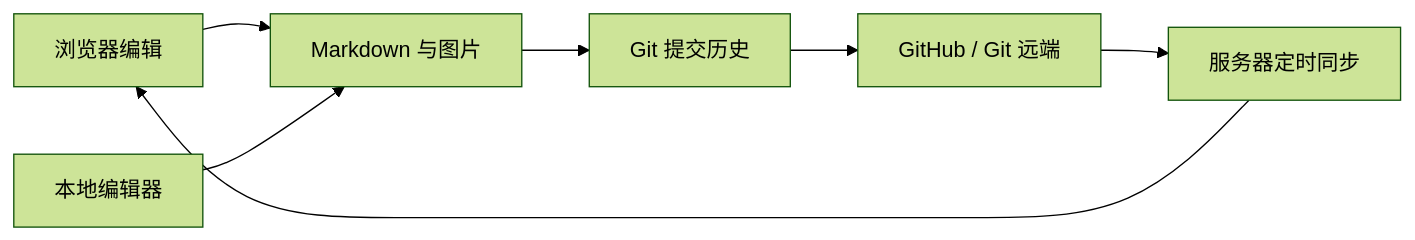
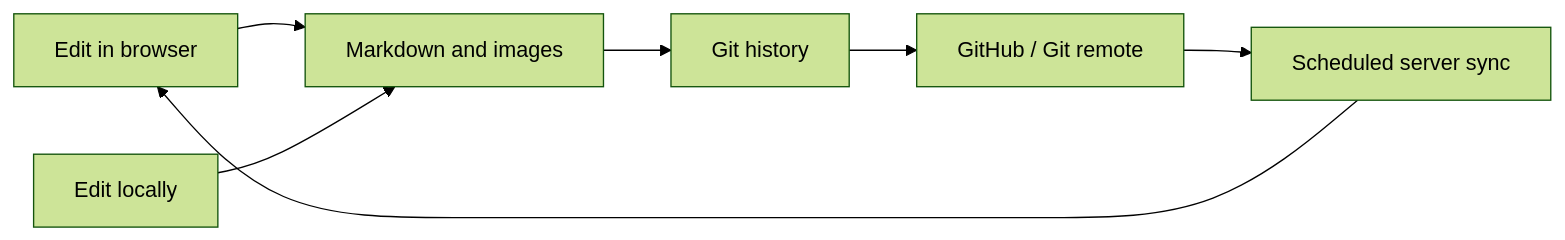
One commit to linhuitang/MyNote changed the diagram in README.md. Above: the diagram before and after it, drawn with Mermaid (forest theme). The commit also changed other lines of this file and 1 other file, not shown here.

````diff
--- a/README.md
+++ b/README.md
@@ -88,9 +92,9 @@
 ```mermaid
 flowchart LR
-    Browser[浏览器编辑] --> Files[Markdown 与图片]
-    Editor[本地编辑器] --> Files
-    Files --> Git[Git 提交历史]
-    Git --> Remote[GitHub / Git 远端]
-    Remote --> Server[服务器定时同步]
+    Browser[Edit in browser] --> Files[Markdown and images]
+    Editor[Edit locally] --> Files
+    Files --> Git[Git history]
+    Git --> Remote[GitHub / Git remote]
+    Remote --> Server[Scheduled server sync]
     Server --> Browser
 ```
````
